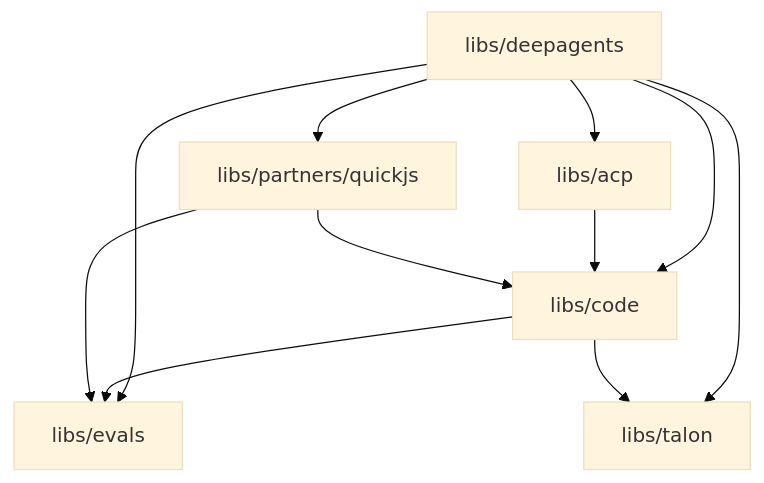
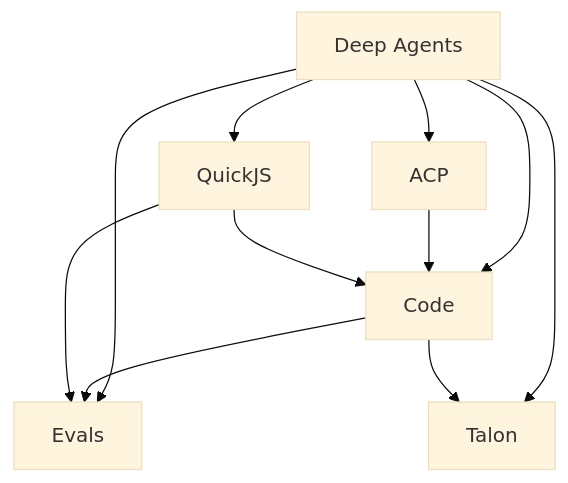
Before and after one commit to langchain-ai/deepagents: the first of 2 diagrams in openwiki/operations/development.md, drawn with Mermaid (base theme). The commit also changed other lines of this file and 13 other files, not shown here.

````diff
--- a/openwiki/operations/development.md
+++ b/openwiki/operations/development.md
@@ -101,13 +97,13 @@
 ```mermaid
 flowchart TD
-    SDK["libs/deepagents"] --> ACP["libs/acp"]
-    SDK --> Code["libs/code"]
-    SDK --> Evals["libs/evals"]
-    SDK --> Talon["libs/talon"]
-    SDK --> QuickJS["libs/partners/quickjs"]
+    SDK["Deep Agents"] --> ACP["ACP"]
+    SDK --> Code["Code"]
+    SDK --> Evals["Evals"]
+    SDK --> Talon["Talon"]
+    SDK --> QuickJS["QuickJS"]
     ACP --> Code
     Code --> Evals
     Code --> Talon
     QuickJS --> Code
     QuickJS --> Evals
 ```
````
